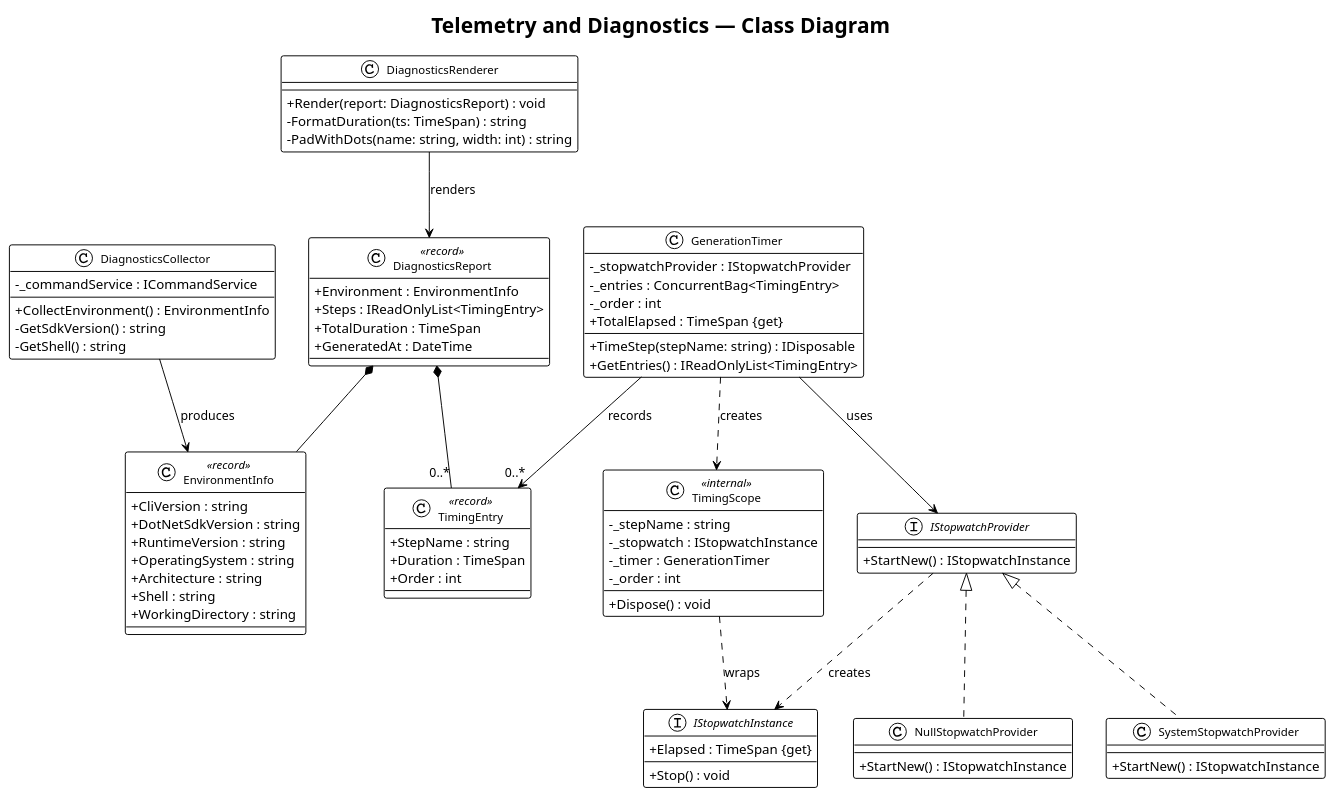
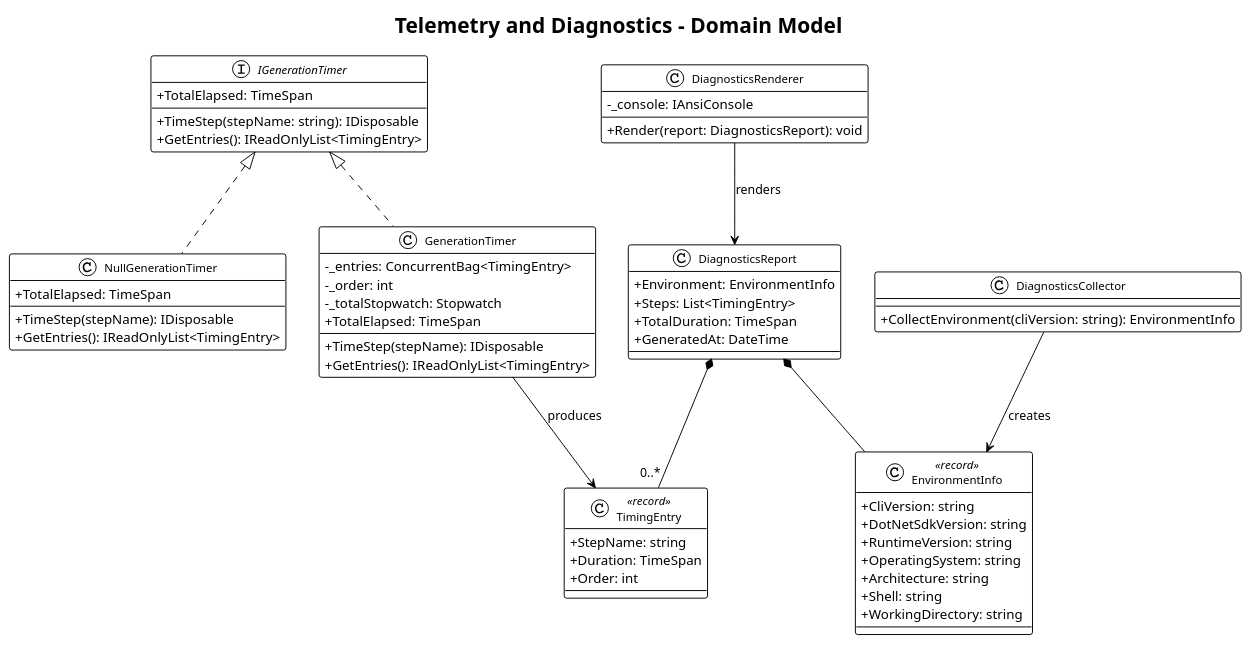
One commit to QuinntyneBrown/CodeGenerator changed the diagram in docs/detailed-designs/49-telemetry-and-diagnostics/diagrams/class_diagram.puml. Above: the diagram before and after it, drawn with PlantUML. The commit also changed 155 other files, not shown here.

```diff
--- a/docs/detailed-designs/49-telemetry-and-diagnostics/diagrams/class_diagram.puml
+++ b/docs/detailed-designs/49-telemetry-and-diagnostics/diagrams/class_diagram.puml
@@ -1,90 +1,69 @@
 @startuml class_diagram
 !theme plain
 skinparam classAttributeIconSize 0
 skinparam classFontSize 12
 
-title Telemetry and Diagnostics — Class Diagram
+title Telemetry and Diagnostics - Domain Model
+
+interface IGenerationTimer {
+    +TimeStep(stepName: string): IDisposable
+    +GetEntries(): IReadOnlyList<TimingEntry>
+    +TotalElapsed: TimeSpan
+}
+
+class GenerationTimer {
+    -_entries: ConcurrentBag<TimingEntry>
+    -_order: int
+    -_totalStopwatch: Stopwatch
+    +TimeStep(stepName): IDisposable
+    +GetEntries(): IReadOnlyList<TimingEntry>
+    +TotalElapsed: TimeSpan
+}
+
+class NullGenerationTimer {
+    +TimeStep(stepName): IDisposable
+    +GetEntries(): IReadOnlyList<TimingEntry>
+    +TotalElapsed: TimeSpan
+}
+
+class TimingEntry <<record>> {
+    +StepName: string
+    +Duration: TimeSpan
+    +Order: int
+}
 
 class DiagnosticsCollector {
-    -_commandService : ICommandService
-    +CollectEnvironment() : EnvironmentInfo
-    -GetSdkVersion() : string
-    -GetShell() : string
+    +CollectEnvironment(cliVersion: string): EnvironmentInfo
 }
 
 class EnvironmentInfo <<record>> {
-    +CliVersion : string
-    +DotNetSdkVersion : string
-    +RuntimeVersion : string
-    +OperatingSystem : string
-    +Architecture : string
-    +Shell : string
-    +WorkingDirectory : string
+    +CliVersion: string
+    +DotNetSdkVersion: string
+    +RuntimeVersion: string
+    +OperatingSystem: string
+    +Architecture: string
+    +Shell: string
+    +WorkingDirectory: string
 }
 
-interface IStopwatchProvider {
-    +StartNew() : IStopwatchInstance
-}
-
-interface IStopwatchInstance {
-    +Elapsed : TimeSpan {get}
-    +Stop() : void
-}
-
-class SystemStopwatchProvider {
-    +StartNew() : IStopwatchInstance
-}
-
-class NullStopwatchProvider {
-    +StartNew() : IStopwatchInstance
-}
-
-class GenerationTimer {
-    -_stopwatchProvider : IStopwatchProvider
-    -_entries : ConcurrentBag<TimingEntry>
-    -_order : int
-    +TimeStep(stepName: string) : IDisposable
-    +GetEntries() : IReadOnlyList<TimingEntry>
-    +TotalElapsed : TimeSpan {get}
-}
-
-class TimingScope <<internal>> {
-    -_stepName : string
-    -_stopwatch : IStopwatchInstance
-    -_timer : GenerationTimer
-    -_order : int
-    +Dispose() : void
-}
-
-class TimingEntry <<record>> {
-    +StepName : string
-    +Duration : TimeSpan
-    +Order : int
-}
-
-class DiagnosticsReport <<record>> {
-    +Environment : EnvironmentInfo
-    +Steps : IReadOnlyList<TimingEntry>
-    +TotalDuration : TimeSpan
-    +GeneratedAt : DateTime
+class DiagnosticsReport {
+    +Environment: EnvironmentInfo
+    +Steps: List<TimingEntry>
+    +TotalDuration: TimeSpan
+    +GeneratedAt: DateTime
 }
 
 class DiagnosticsRenderer {
-    +Render(report: DiagnosticsReport) : void
-    -FormatDuration(ts: TimeSpan) : string
-    -PadWithDots(name: string, width: int) : string
+    -_console: IAnsiConsole
+    +Render(report: DiagnosticsReport): void
 }
 
-IStopwatchProvider <|.. SystemStopwatchProvider
-IStopwatchProvider <|.. NullStopwatchProvider
-IStopwatchProvider ..> IStopwatchInstance : creates
-GenerationTimer --> IStopwatchProvider : uses
-GenerationTimer --> "0..*" TimingEntry : records
-GenerationTimer ..> TimingScope : creates
-TimingScope ..> IStopwatchInstance : wraps
-DiagnosticsCollector --> EnvironmentInfo : produces
+IGenerationTimer <|.. GenerationTimer
+IGenerationTimer <|.. NullGenerationTimer
+GenerationTimer --> TimingEntry : produces
+DiagnosticsCollector --> EnvironmentInfo : creates
 DiagnosticsReport *-- EnvironmentInfo
 DiagnosticsReport *-- "0..*" TimingEntry
 DiagnosticsRenderer --> DiagnosticsReport : renders
 
 @enduml
```
